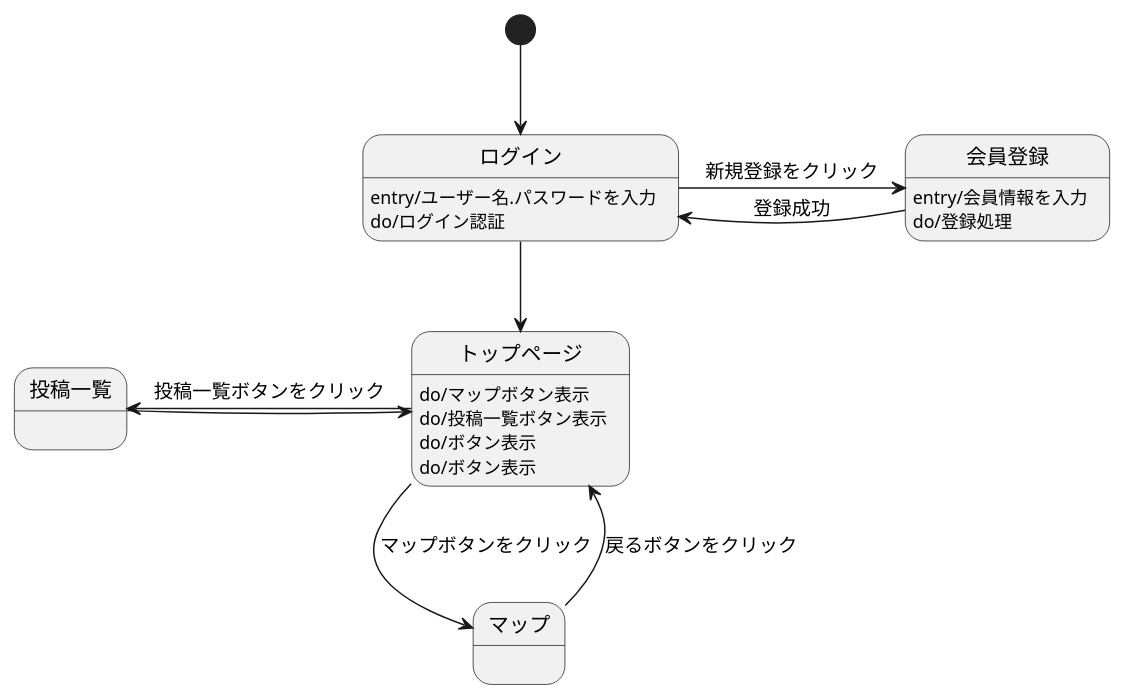
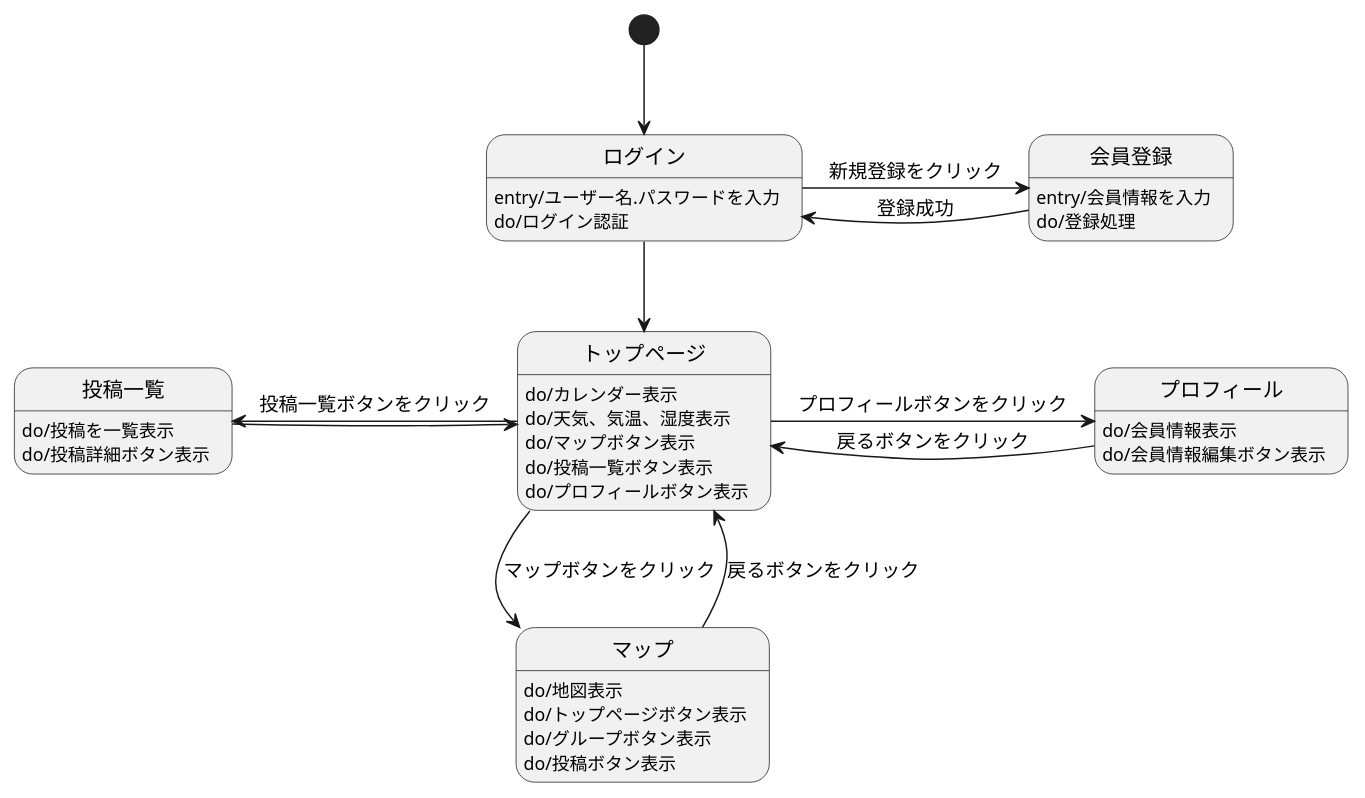
Before and after one commit to Aso2001031/System4_ver2.0: the diagram in 03_画面遷移図/画面遷移図.md, drawn with PlantUML.

````diff
--- a/03_画面遷移図/画面遷移図.md
+++ b/03_画面遷移図/画面遷移図.md
@@ -1,31 +1,40 @@
 ```uml
 @startuml
 
 [*] -down-> ログイン
-
-トップページ : do/マップボタン表示
-トップページ : do/投稿一覧ボタン表示
-トップページ : do/ボタン表示
-トップページ : do/ボタン表示
-トップページ -down-> マップ : マップボタンをクリック
-トップページ -left-> 投稿一覧 : 投稿一覧ボタンをクリック
 
 ログイン -down-> トップページ
 ログイン : entry/ユーザー名.パスワードを入力 
 ログイン : do/ログイン認証 
 ログイン -> 会員登録 : 新規登録をクリック
 
 会員登録 -> ログイン : 登録成功
 会員登録 : entry/会員情報を入力 
 会員登録 : do/登録処理
 
+トップページ : do/カレンダー表示
+トップページ : do/天気、気温、湿度表示
+トップページ : do/マップボタン表示
+トップページ : do/投稿一覧ボタン表示
+トップページ : do/プロフィールボタン表示
+トップページ -down-> マップ : マップボタンをクリック
+トップページ -left-> 投稿一覧 : 投稿一覧ボタンをクリック
+トップページ -right-> プロフィール :プロフィールボタンをクリック
+
 マップ -up-> トップページ : 戻るボタンをクリック
-マップ : 
+マップ : do/地図表示
+マップ : do/トップページボタン表示
+マップ : do/グループボタン表示
+マップ : do/投稿ボタン表示
 
 投稿一覧 -right-> トップページ
-投稿一覧 : 
+投稿一覧 : do/投稿を一覧表示
+投稿一覧 : do/投稿詳細ボタン表示
 
+プロフィール -left-> トップページ : 戻るボタンをクリック
+プロフィール : do/会員情報表示
+プロフィール : do/会員情報編集ボタン表示
 
 
 @enduml
 ```
````
